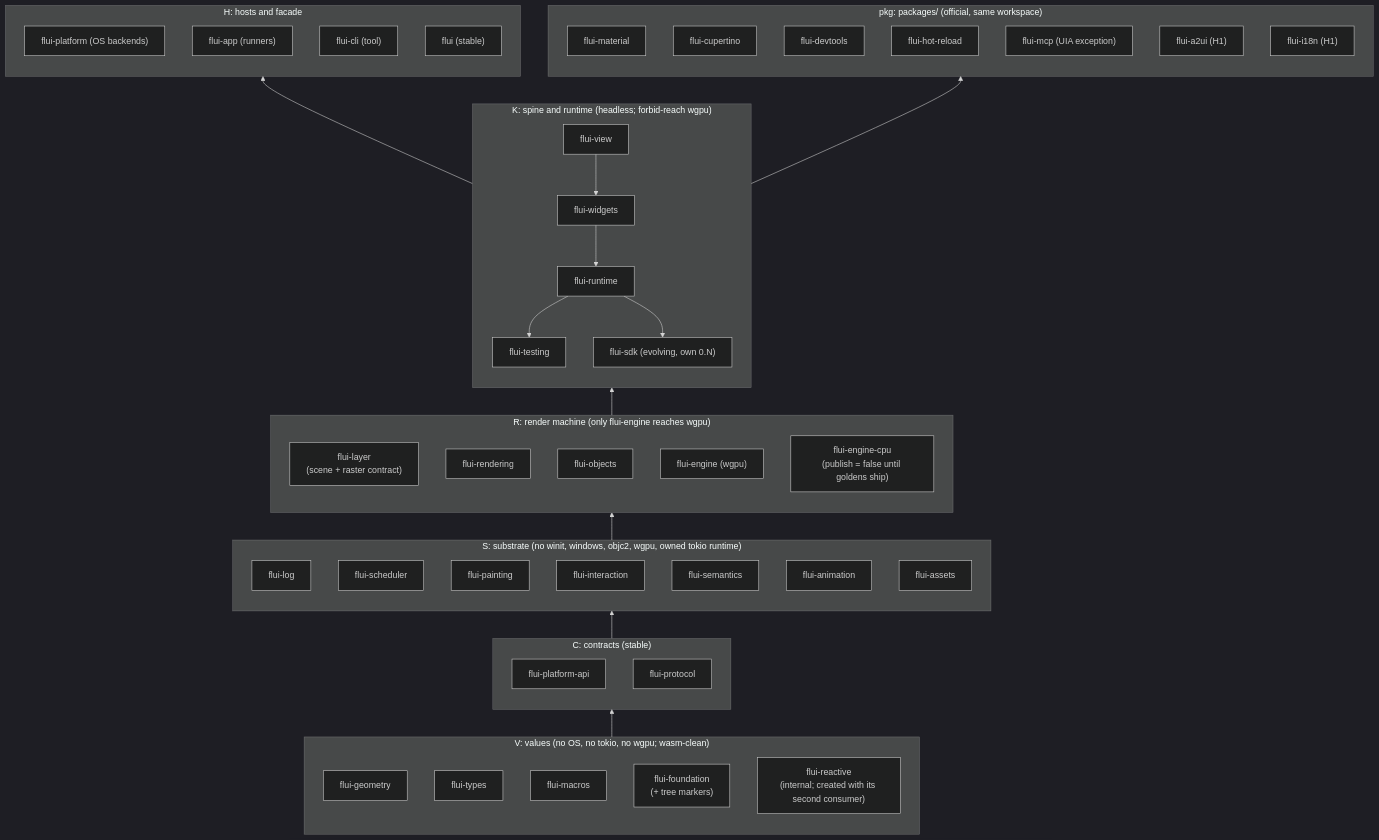
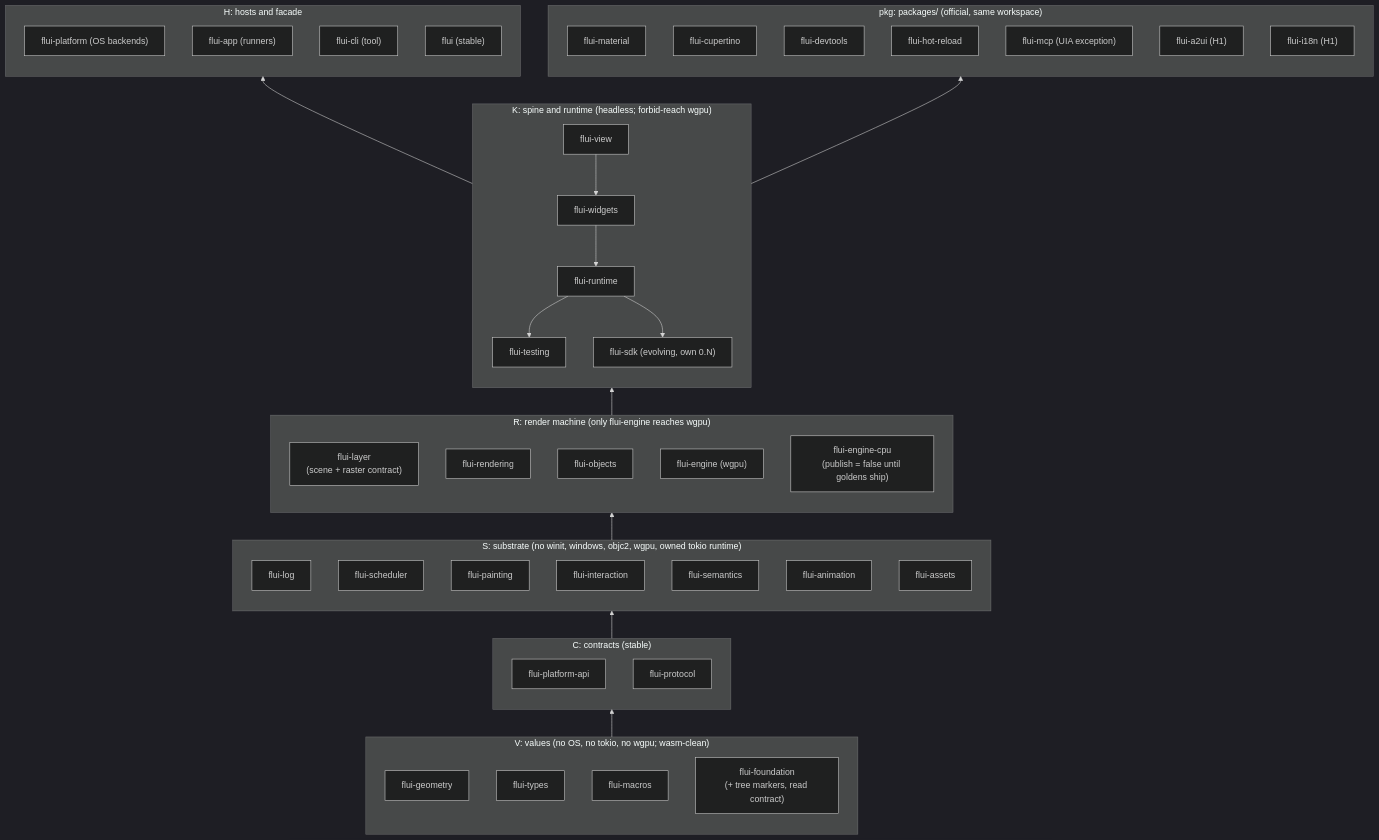
One commit to vanyastaff/flui changed the diagram in design/architecture.md. Above: the diagram before and after it, drawn with Mermaid (dark theme). The commit also changed other lines of this file and 5 other files, not shown here.

````diff
--- a/design/architecture.md
+++ b/design/architecture.md
@@ -137,27 +137,27 @@
 ```mermaid
 flowchart BT
   subgraph V["V: values (no OS, no tokio, no wgpu; wasm-clean)"]
-    geometry[flui-geometry]; types[flui-types]; macros[flui-macros]; foundation["flui-foundation<br/>(+ tree markers)"]; reactive["flui-reactive<br/>(internal; created with its second consumer)"]
+    geometry[flui-geometry]; types[flui-types]; macros[flui-macros]; foundation["flui-foundation<br/>(+ tree markers, read contract)"]
   end
   subgraph C["C: contracts (stable)"]
     papi[flui-platform-api]; proto[flui-protocol]
   end
   subgraph S["S: substrate (no winit, windows, objc2, wgpu, owned tokio runtime)"]
     log[flui-log]; sched[flui-scheduler]; paint[flui-painting]; inter[flui-interaction]; sem[flui-semantics]; anim[flui-animation]; assets[flui-assets]
   end
   subgraph R["R: render machine (only flui-engine reaches wgpu)"]
     layer["flui-layer<br/>(scene + raster contract)"]; rend[flui-rendering]; obj[flui-objects]; eng["flui-engine (wgpu)"]; cpu["flui-engine-cpu<br/>(publish = false until goldens ship)"]
   end
   subgraph K["K: spine and runtime (headless; forbid-reach wgpu)"]
     view[flui-view] --> widgets[flui-widgets] --> runtime[flui-runtime] --> testing[flui-testing]
     runtime --> sdk["flui-sdk (evolving, own 0.N)"]
   end
   subgraph H["H: hosts and facade"]
     platform["flui-platform (OS backends)"]; app["flui-app (runners)"]; cli["flui-cli (tool)"]; facade["flui (stable)"]
   end
   subgraph P["pkg: packages/ (official, same workspace)"]
     material[flui-material]; cupertino[flui-cupertino]; devtools[flui-devtools]; hot[flui-hot-reload]; mcp["flui-mcp (UIA exception)"]; a2ui["flui-a2ui (H1)"]; i18n["flui-i18n (H1)"]
   end
   V --> C --> S --> R --> K --> H
   K --> P
 ```
````
